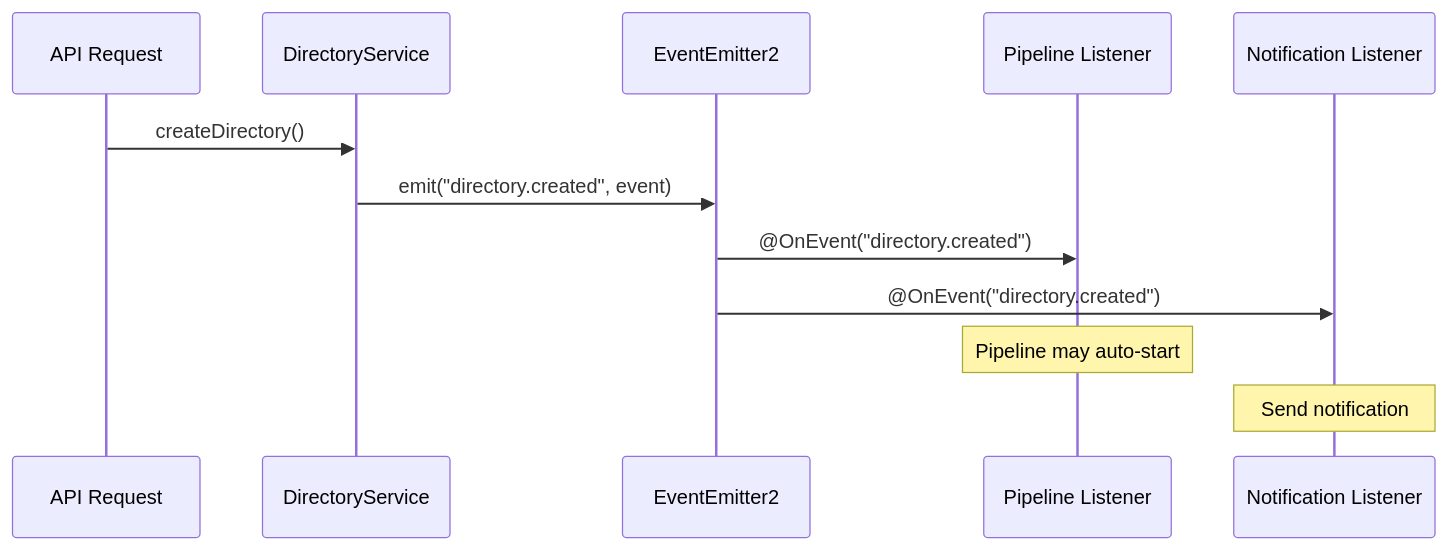
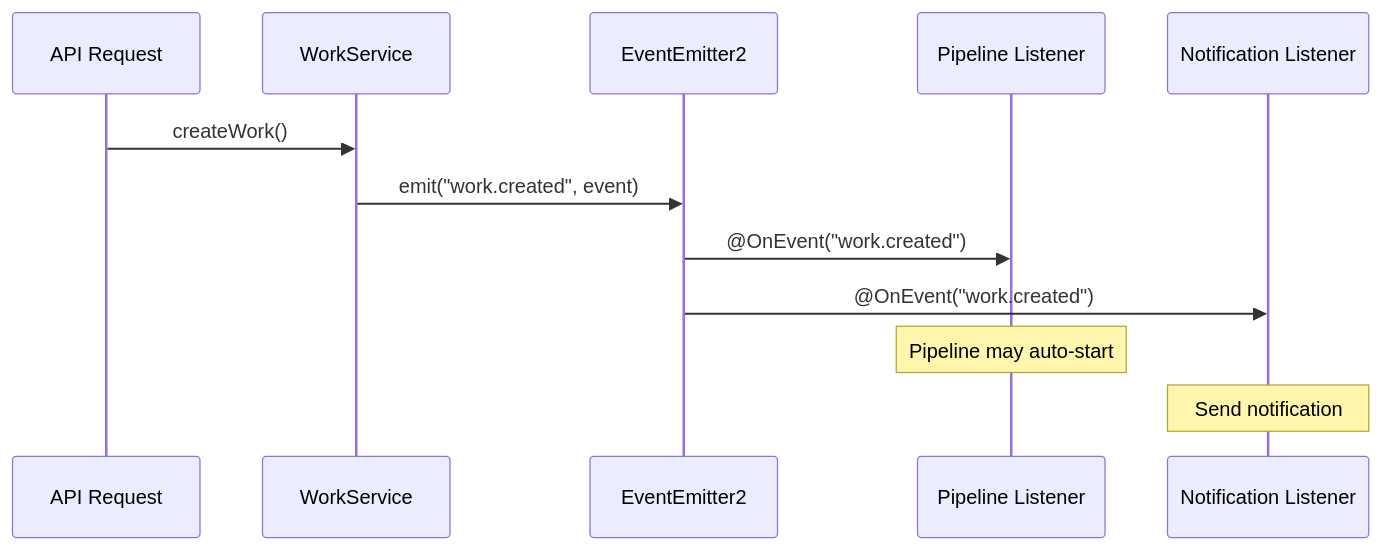
One commit to ever-works/ever-works changed the second of 2 diagrams in docs/architecture/event-system.md. Above: the diagram before and after it, drawn with Mermaid. The commit also changed other lines of this file and 395 other files, not shown here.

````diff
--- a/docs/architecture/event-system.md
+++ b/docs/architecture/event-system.md
@@ -234,16 +234,16 @@
 ```mermaid
 sequenceDiagram
     participant User as API Request
-    participant Svc as DirectoryService
+    participant Svc as WorkService
     participant EE as EventEmitter2
     participant PL as Pipeline Listener
     participant NL as Notification Listener
 
-    User->>Svc: createDirectory()
-    Svc->>EE: emit("directory.created", event)
-    EE->>PL: @OnEvent("directory.created")
-    EE->>NL: @OnEvent("directory.created")
+    User->>Svc: createWork()
+    Svc->>EE: emit("work.created", event)
+    EE->>PL: @OnEvent("work.created")
+    EE->>NL: @OnEvent("work.created")
 
     Note over PL: Pipeline may auto-start
     Note over NL: Send notification
 ```
````
